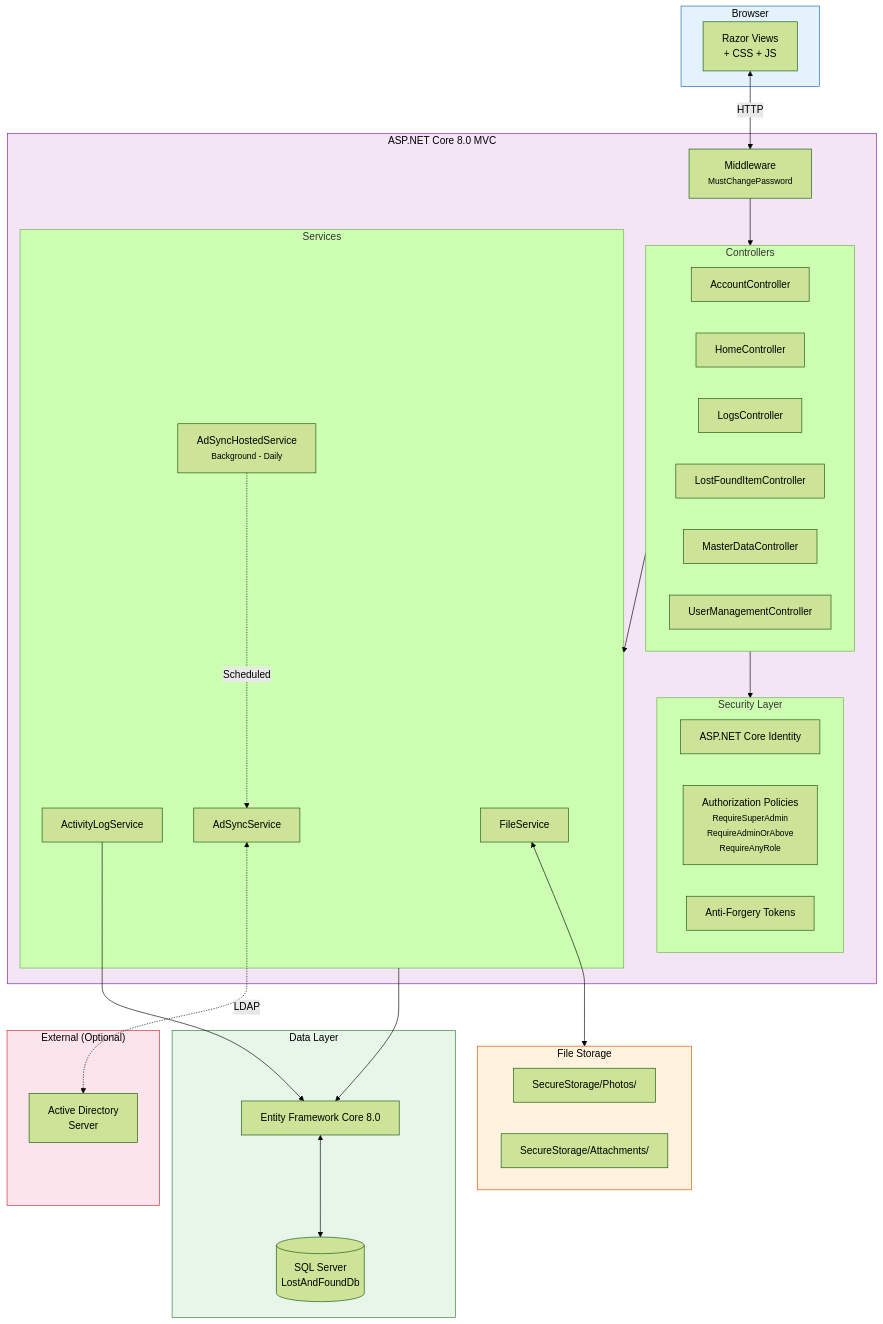
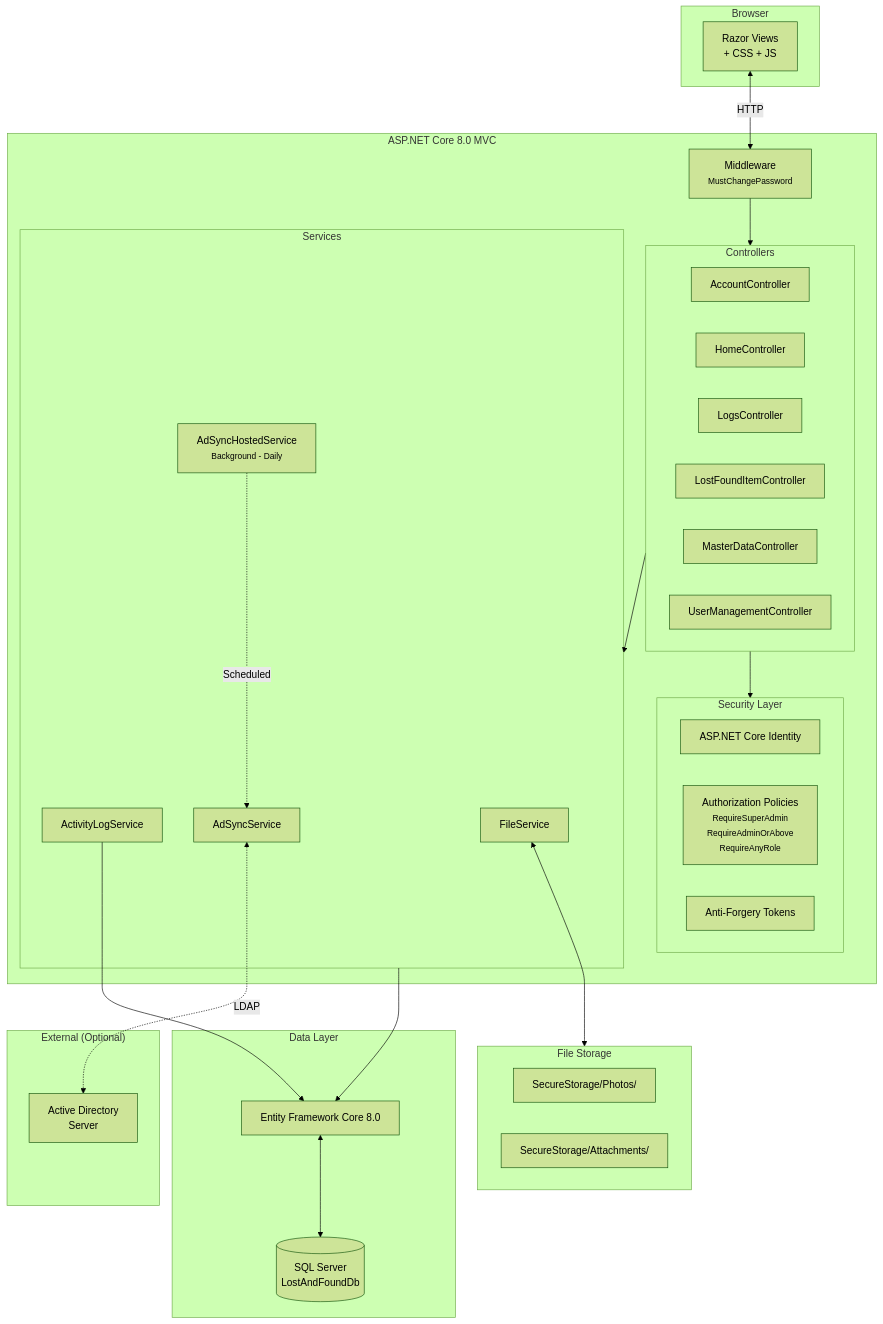
One commit to aminabibi19961996-gif/LostAndFoundApp changed the third of 9 diagrams in README.md. Above: the diagram before and after it, drawn with Mermaid (forest theme). The commit also changed other lines of this file, not shown here.

Commit message:
fix: remove custom Mermaid colors for GitHub theme compatibility

````diff
--- a/README.md
+++ b/README.md
@@ -438,63 +435,58 @@
 ```mermaid
 graph TB
  subgraph Client["Browser"]
  UI["Razor Views<br/>+ CSS + JS"]
  end
 
  subgraph App["ASP.NET Core 8.0 MVC"]
  MW["Middleware<br/><small>MustChangePassword</small>"]
  
  subgraph Controllers["Controllers"]
  AC[AccountController]
  HC[HomeController]
  LC[LogsController]
  LFC[LostFoundItemController]
  MDC[MasterDataController]
  UMC[UserManagementController]
  end
 
  subgraph Services["Services"]
  ALS[ActivityLogService]
  FS[FileService]
  ADS[AdSyncService]
  ADHS[AdSyncHostedService<br/><small>Background - Daily</small>]
  end
 
  subgraph Security["Security Layer"]
  ID["ASP.NET Core Identity"]
  POL["Authorization Policies<br/><small>RequireSuperAdmin<br/>RequireAdminOrAbove<br/>RequireAnyRole</small>"]
  AF["Anti-Forgery Tokens"]
  end
  end
 
  subgraph Data["Data Layer"]
  EF["Entity Framework Core 8.0"]
  DB[("SQL Server<br/>LostAndFoundDb")]
  end
 
  subgraph Storage["File Storage"]
  PH["SecureStorage/Photos/"]
  AT["SecureStorage/Attachments/"]
  end
 
  subgraph External["External (Optional)"]
  AD["Active Directory<br/>Server"]
  end
 
  UI <-->|HTTP| MW
  MW --> Controllers
  Controllers --> Services
  Controllers --> Security
  Services --> EF
  EF <--> DB
  FS <--> Storage
  ADS <-.->|LDAP| AD
  ADHS -.->|Scheduled| ADS
  ALS --> EF
 
- style Client fill:#e3f2fd,stroke:#1565c0,color:#000
- style App fill:#f3e5f5,stroke:#7b1fa2,color:#000
- style Data fill:#e8f5e9,stroke:#2e7d32,color:#000
- style Storage fill:#fff3e0,stroke:#e65100,color:#000
- style External fill:#fce4ec,stroke:#c62828,color:#000
 ```
````
